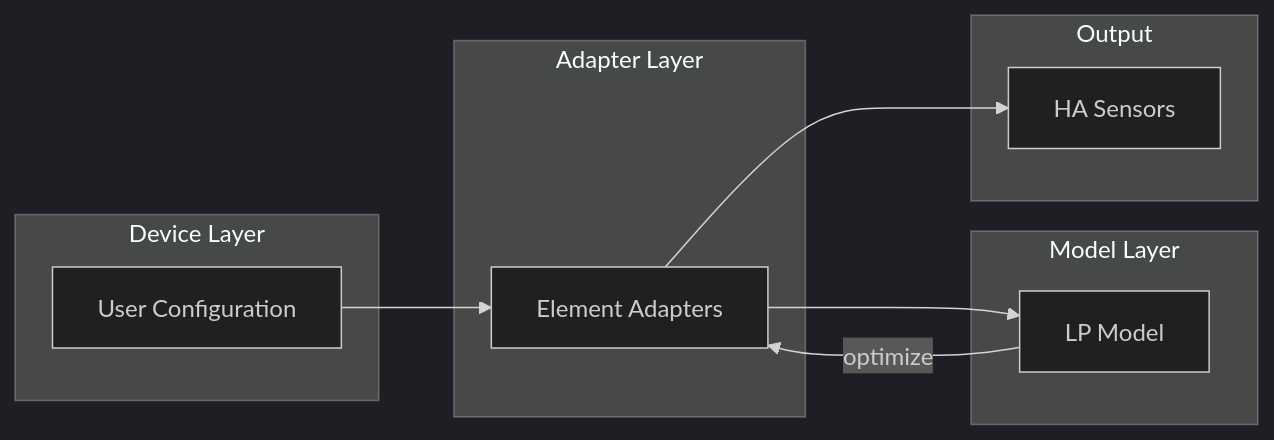
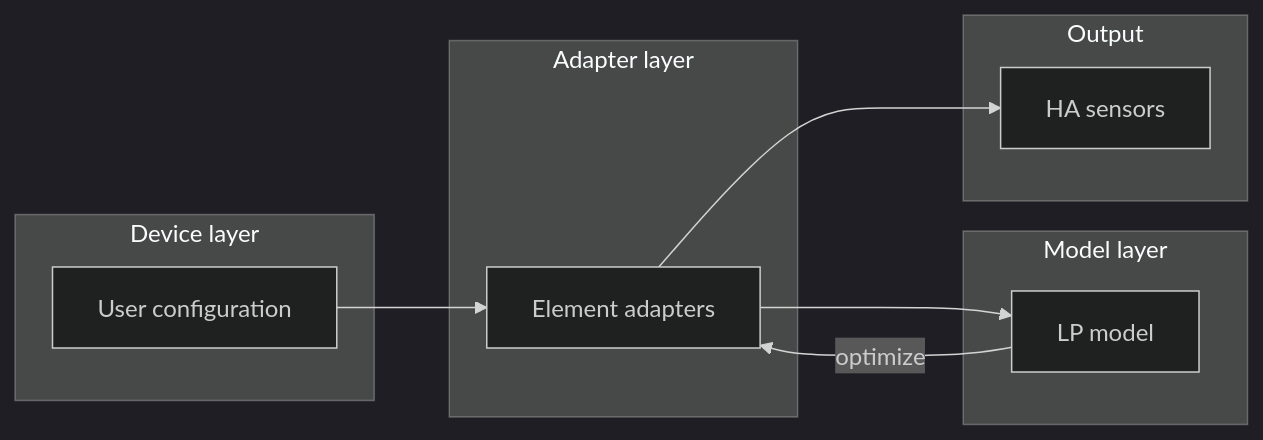
One commit to hass-energy/haeo changed the first of 2 diagrams in docs/developer-guide/architecture.md. Above: the diagram before and after it, drawn with Mermaid (dark theme). The commit also changed other lines of this file and 52 other files, not shown here.

````diff
--- a/docs/developer-guide/architecture.md
+++ b/docs/developer-guide/architecture.md
@@ -17,23 +18,23 @@
 ```mermaid
 graph LR
-    subgraph "Device Layer"
-        Config[User Configuration]
+    subgraph "Device layer"
+        Config[User configuration]
     end
 
-    subgraph "Adapter Layer"
-        Adapt[Element Adapters]
+    subgraph "Adapter layer"
+        Adapt[Element adapters]
     end
 
-    subgraph "Model Layer"
-        Model[LP Model]
+    subgraph "Model layer"
+        Model[LP model]
     end
 
     subgraph "Output"
-        Sensors[HA Sensors]
+        Sensors[HA sensors]
     end
 
     Config --> Adapt
     Adapt --> Model
     Model -->|optimize| Adapt
     Adapt --> Sensors
 ```
````
